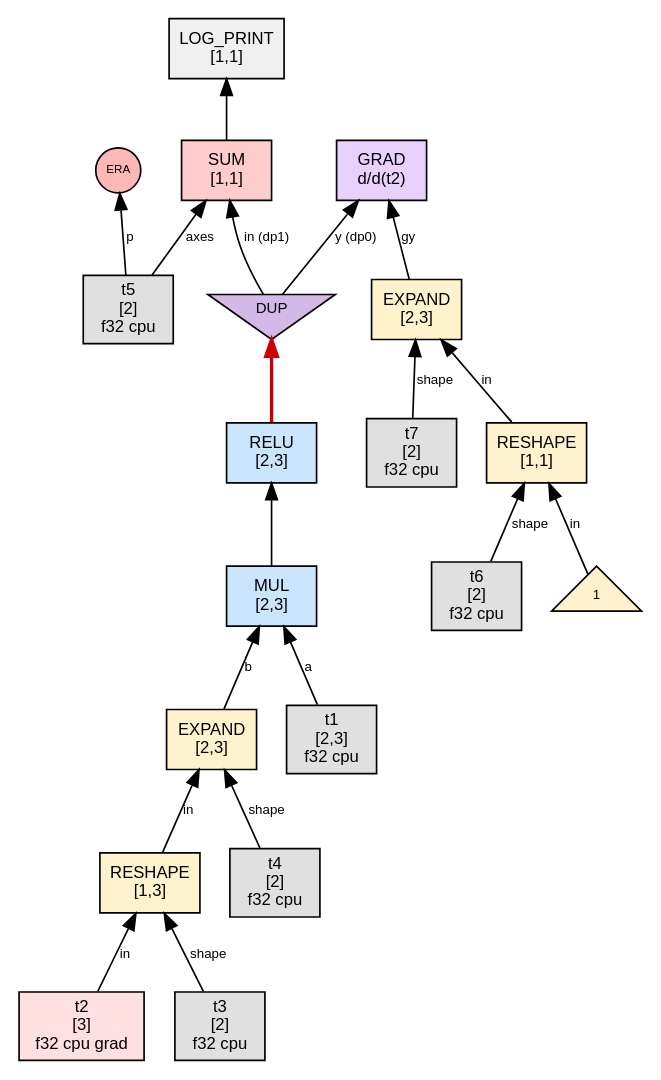
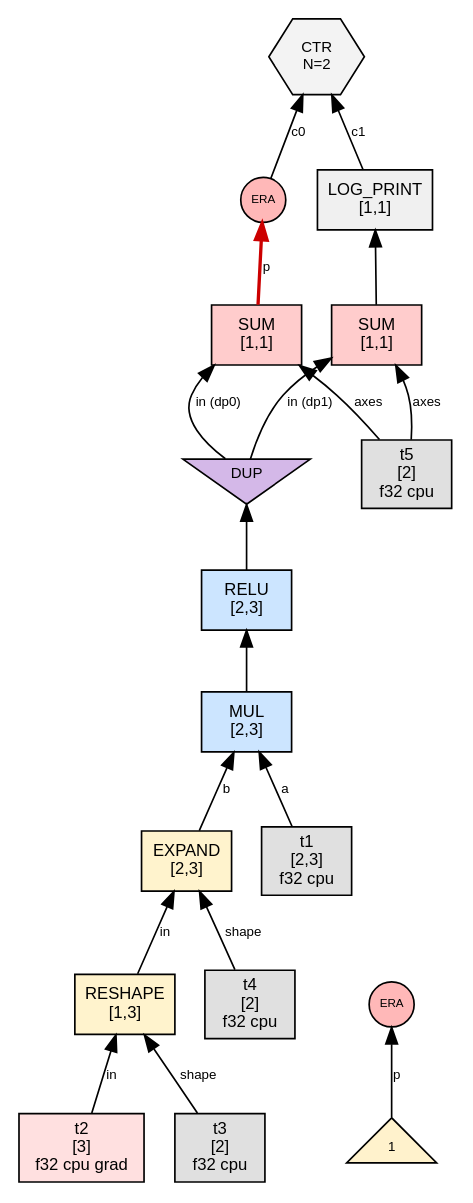
Before and after one commit to sw1sh/TinyHVM: the diagram in phase1_graphs/tiny_single_param/step_002_interact_grad_on_SUM.dot, drawn with Graphviz. The commit also changed 993 other files, not shown here.

First line of the commit message:
test: refresh canonical phase graph archives

```diff
--- a/phase1_graphs/tiny_single_param/step_002_interact_grad_on_SUM.dot
+++ b/phase1_graphs/tiny_single_param/step_002_interact_grad_on_SUM.dot
@@ -1,45 +1,42 @@
 digraph G {
   // PREV_INTERACTION: interact_grad_on_SUM
-  // NEXT_INTERACTION: interact_DP0
+  // NEXT_INTERACTION: interact_era_on_SUM
   rankdir=BT;
   node [fontname="Helvetica", fontsize=10, style=filled, shape=box, margin="0.1,0.05"];
   edge [fontsize=8, fontname="Helvetica"];
 
   n1 [label="RESHAPE\n[1,3]", shape=box, fillcolor="#fff3cd"];
   t2 [label="t2\n[3]\nf32 cpu grad",shape=box,fillcolor="#ffe0e0"];
   t2 -> n1 [label="in"];
   t3 [label="t3\n[2]\nf32 cpu",shape=box,fillcolor="#e0e0e0"];
   t3 -> n1 [label="shape"];
   n5 [label="EXPAND\n[2,3]", shape=box, fillcolor="#fff3cd"];
   n1 -> n5 [label="in"];
   t4 [label="t4\n[2]\nf32 cpu",shape=box,fillcolor="#e0e0e0"];
   t4 -> n5 [label="shape"];
   n9 [label="MUL\n[2,3]", shape=box, fillcolor="#cce5ff"];
   t1 [label="t1\n[2,3]\nf32 cpu",shape=box,fillcolor="#e0e0e0"];
   t1 -> n9 [label="a"];
   n5 -> n9 [label="b"];
   n13 [label="RELU\n[2,3]", shape=box, fillcolor="#cce5ff"];
   n9 -> n13 [label=""];
   n30 [label="SUM\n[1,1]", shape=box, fillcolor="#ffcccc"];
   dup32 [label="DUP", shape=invtriangle, fillcolor="#d4b8e8", fontsize=9, width=0.7, height=0.5];
-  n13 -> dup32 [color="#cc0000",penwidth=2.0];
+  n13 -> dup32;
   dup32 -> n30 [label="in (dp1)"];
   t5 [label="t5\n[2]\nf32 cpu",shape=box,fillcolor="#e0e0e0"];
   t5 -> n30 [label="axes"];
+  era25 [label="ERA",shape=circle,width=0.38,height=0.38,fixedsize=true,fillcolor="#ffb8b8",fontsize=7];
+  n28 -> era25 [label="p",color="#cc0000",penwidth=2.0];
   n23 [label="LOG_PRINT\n[1,1]", shape=box, fillcolor="#f0f0f0"];
   n30 -> n23 [label=""];
-  n43 [label="GRAD\nd/d(t2)", shape=box, fillcolor="#e8d0ff"];
-  dup32 -> n43 [label="y (dp0)"];
-  n39 -> n43 [label="gy"];
-  era38 [label="ERA",shape=circle,width=0.38,height=0.38,fixedsize=true,fillcolor="#ffb8b8",fontsize=7];
-  t5 -> era38 [label="p"];
-  n33 [label="RESHAPE\n[1,1]", shape=box, fillcolor="#fff3cd"];
-  num33_0 [label="1",shape=triangle,fillcolor="#fff2cc",fontsize=8];
-  num33_0 -> n33 [label="in"];
-  t6 [label="t6\n[2]\nf32 cpu",shape=box,fillcolor="#e0e0e0"];
-  t6 -> n33 [label="shape"];
-  n39 [label="EXPAND\n[2,3]", shape=box, fillcolor="#fff3cd"];
-  n33 -> n39 [label="in"];
-  t7 [label="t7\n[2]\nf32 cpu",shape=box,fillcolor="#e0e0e0"];
-  t7 -> n39 [label="shape"];
+  ctr25 [label="CTR\nN=2", shape=hexagon, fillcolor="#f3f3f3", fontsize=9];
+  era25 -> ctr25 [label="c0"];
+  n23 -> ctr25 [label="c1"];
+  era34 [label="ERA",shape=circle,width=0.38,height=0.38,fixedsize=true,fillcolor="#ffb8b8",fontsize=7];
+  num_era34 [label="1",shape=triangle,fillcolor="#fff2cc",fontsize=8];
+  num_era34 -> era34 [label="p"];
+  n28 [label="SUM\n[1,1]", shape=box, fillcolor="#ffcccc"];
+  dup32 -> n28 [label="in (dp0)"];
+  t5 -> n28 [label="axes"];
 }
```
